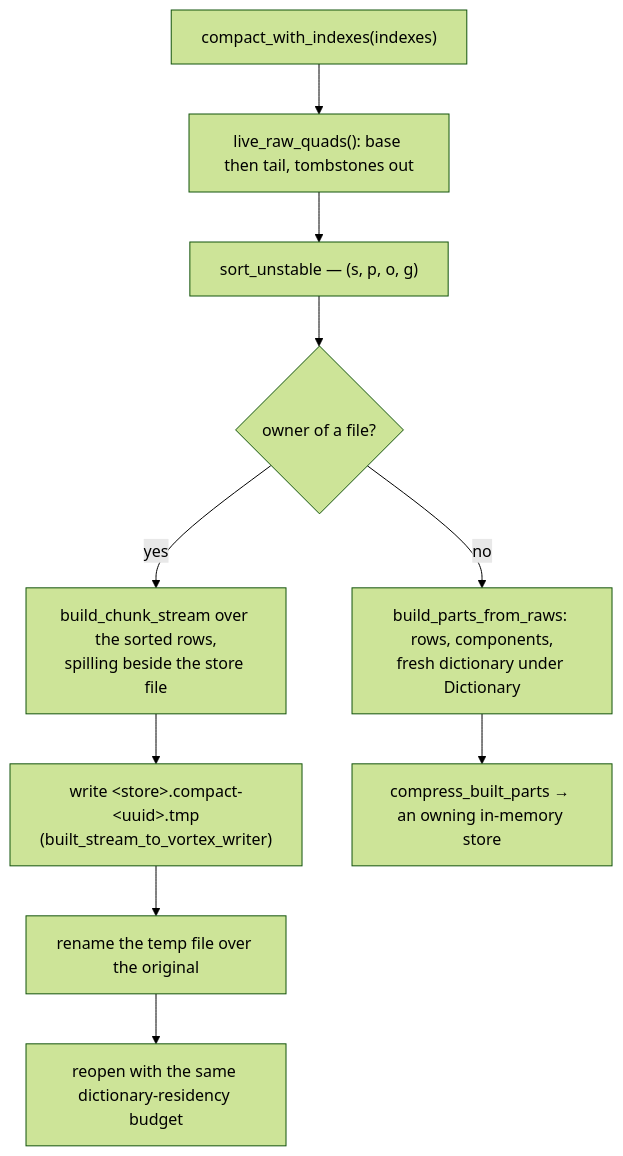
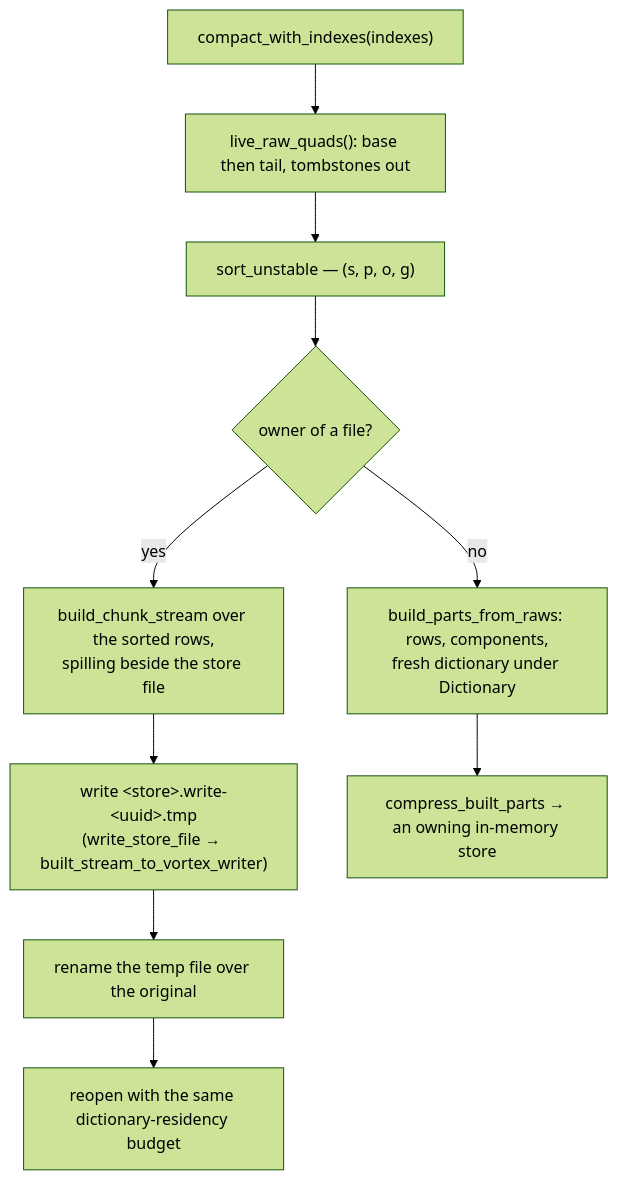
Before and after one commit to vortex-rdf/vortex-rdf: the fourth of 4 diagrams in docs/mutations.md, drawn with Mermaid (forest theme). The commit also changed other lines of this file and 12 other files, not shown here.

First line of the commit message:
fix(core): write a new store beside its path and rename it into place

````diff
--- a/docs/mutations.md
+++ b/docs/mutations.md
@@ -199,12 +199,12 @@
 ```mermaid
 flowchart TD
     C["compact_with_indexes(indexes)"] --> L["live_raw_quads(): base then tail, tombstones out"]
     L --> S["sort_unstable — (s, p, o, g)"]
     S --> O{"owner of a file?"}
     O -- "yes" --> F1["build_chunk_stream over the sorted rows,<br/>spilling beside the store file"]
-    F1 --> F2["write &lt;store&gt;.compact-&lt;uuid&gt;.tmp<br/>(built_stream_to_vortex_writer)"]
+    F1 --> F2["write &lt;store&gt;.write-&lt;uuid&gt;.tmp<br/>(write_store_file → built_stream_to_vortex_writer)"]
     F2 --> F3["rename the temp file over the original"]
     F3 --> F4["reopen with the same dictionary-residency budget"]
     O -- "no" --> M1["build_parts_from_raws: rows, components,<br/>fresh dictionary under Dictionary"]
     M1 --> M2["compress_built_parts → an owning in-memory store"]
 ```
````
